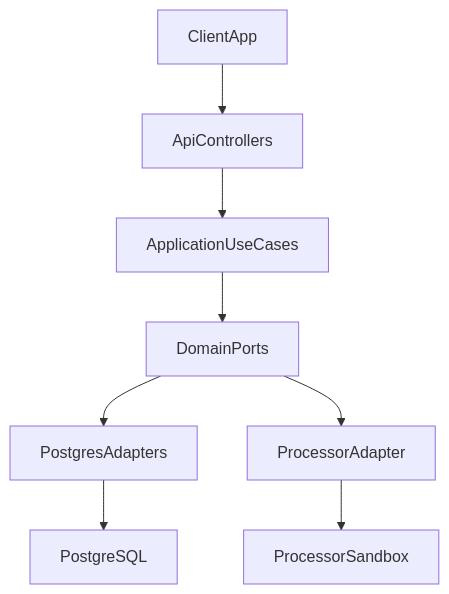
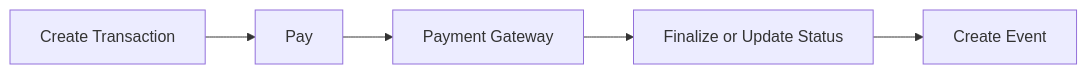
The third of 4 diagrams in README.md (davidc-garciae/Fullstack-TT-Processor-Backend), drawn with Mermaid before and after one commit. The commit also changed other lines of this file and 2 other files, not shown here.

Commit message:
Update Readme + SQL seed + product controller upgrade for no content

````diff
--- a/README.md
+++ b/README.md
@@ -203,10 +116,7 @@
 ```mermaid
-flowchart TD
-ClientApp[ClientApp] --> ApiControllers[ApiControllers]
-ApiControllers --> ApplicationUseCases[ApplicationUseCases]
-ApplicationUseCases --> DomainPorts[DomainPorts]
-DomainPorts --> PostgresAdapters[PostgresAdapters]
-DomainPorts --> ProcessorAdapter[ProcessorAdapter]
-PostgresAdapters --> PostgreSQL[PostgreSQL]
-ProcessorAdapter --> ProcessorSandbox[ProcessorSandbox]
+flowchart LR
+  Create[Create Transaction] --> Pay[Pay]
+  Pay --> Gateway[Payment Gateway]
+  Gateway --> Finalize[Finalize or Update Status]
+  Finalize --> Event[Create Event]
 ```
````
